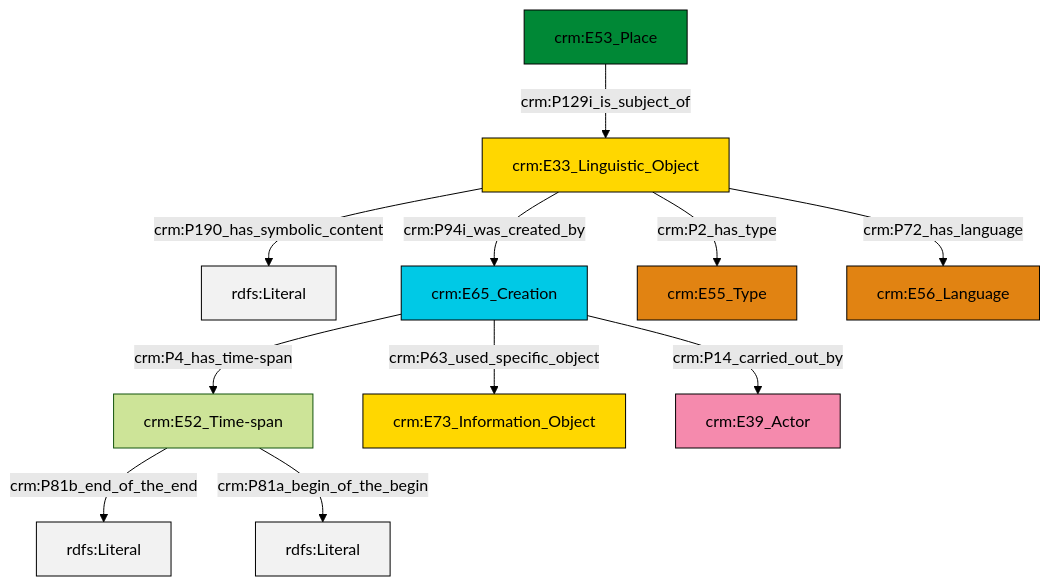
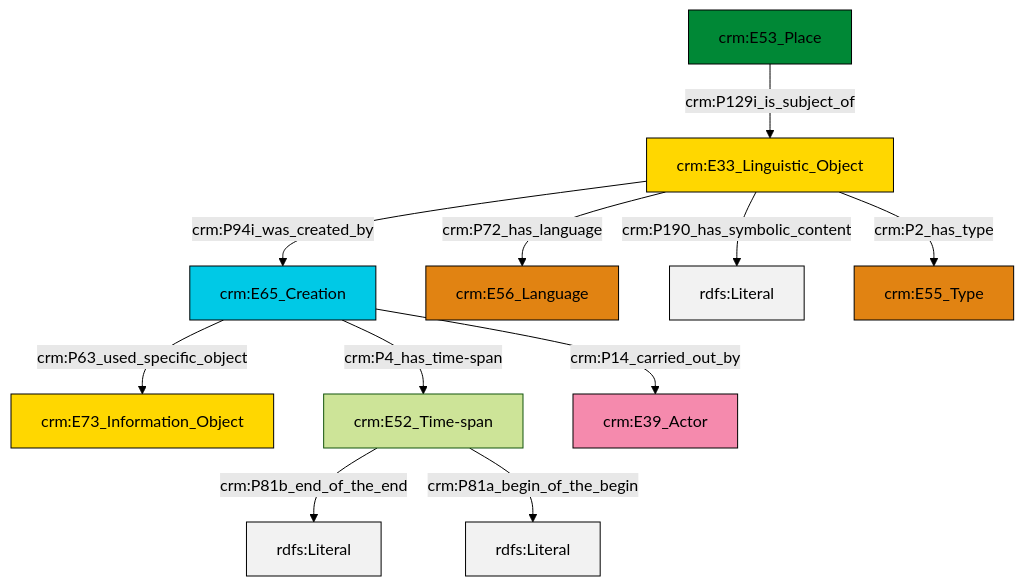
Before and after one commit to swiss-art-research-net/docs.swissartresearch: the diagram in et/placeCSV/ttl/mmd/place_description.ttl.mmd, drawn with Mermaid (forest theme). The commit also changed 175 other files, not shown here.

```diff
--- a/et/placeCSV/ttl/mmd/place_description.ttl.mmd
+++ b/et/placeCSV/ttl/mmd/place_description.ttl.mmd
@@ -1,25 +1,25 @@
 graph TD
 classDef Literal fill:#f2f2f2,stroke:#000000;
 classDef CRM_Entity fill:#FFFFFF,stroke:#000000;
 classDef Temporal_Entity fill:#00C9E6, stroke:#000000;
 classDef Type fill:#E18312, stroke:#000000;
 classDef Time-Span fill:#2C9C91, stroke:#000000;
 classDef Appellation fill:#FFEB7F, stroke:#000000;
 classDef Place fill:#008836, stroke:#000000;
 classDef Persistent_Item fill:#B266B2, stroke:#000000;
 classDef Conceptual_Object fill:#FFD700, stroke:#000000;
 classDef Physical_Thing fill:#D2B48C, stroke:#000000;
 classDef Actor fill:#f58aad, stroke:#000000;
 classDef PC_Classes fill:#4ce600, stroke:#000000;
 classDef Multi fill:#cccccc,stroke:#000000;
 
-0["crm:E33_Linguistic_Object"]:::Conceptual_Object -->|crm:P190_has_symbolic_content| 1[rdfs:Literal]:::Literal
-0["crm:E33_Linguistic_Object"]:::Conceptual_Object -->|crm:P94i_was_created_by| 2["crm:E65_Creation"]:::Temporal_Entity
-0["crm:E33_Linguistic_Object"]:::Conceptual_Object -->|crm:P2_has_type| 3["crm:E55_Type"]:::Type
-4["crm:E53_Place"]:::Place -->|crm:P129i_is_subject_of| 0["crm:E33_Linguistic_Object"]:::Conceptual_Object
-2["crm:E65_Creation"]:::Temporal_Entity -->|crm:P4_has_time-span| 5["crm:E52_Time-span"]:::Default
-2["crm:E65_Creation"]:::Temporal_Entity -->|crm:P14_carried_out_by| 8["crm:E39_Actor"]:::Actor
-0["crm:E33_Linguistic_Object"]:::Conceptual_Object -->|crm:P72_has_language| 13["crm:E56_Language"]:::Type
-5["crm:E52_Time-span"]:::Default -->|crm:P81b_end_of_the_end| 14[rdfs:Literal]:::Literal
-2["crm:E65_Creation"]:::Temporal_Entity -->|crm:P63_used_specific_object| 6["crm:E73_Information_Object"]:::Conceptual_Object
-5["crm:E52_Time-span"]:::Default -->|crm:P81a_begin_of_the_begin| 18[rdfs:Literal]:::Literal
+0["crm:E65_Creation"]:::Temporal_Entity -->|crm:P63_used_specific_object| 1["crm:E73_Information_Object"]:::Conceptual_Object
+2["crm:E33_Linguistic_Object"]:::Conceptual_Object -->|crm:P94i_was_created_by| 0["crm:E65_Creation"]:::Temporal_Entity
+0["crm:E65_Creation"]:::Temporal_Entity -->|crm:P4_has_time-span| 3["crm:E52_Time-span"]:::Default
+3["crm:E52_Time-span"]:::Default -->|crm:P81b_end_of_the_end| 4[rdfs:Literal]:::Literal
+2["crm:E33_Linguistic_Object"]:::Conceptual_Object -->|crm:P72_has_language| 5["crm:E56_Language"]:::Type
+2["crm:E33_Linguistic_Object"]:::Conceptual_Object -->|crm:P190_has_symbolic_content| 6[rdfs:Literal]:::Literal
+3["crm:E52_Time-span"]:::Default -->|crm:P81a_begin_of_the_begin| 9[rdfs:Literal]:::Literal
+0["crm:E65_Creation"]:::Temporal_Entity -->|crm:P14_carried_out_by| 10["crm:E39_Actor"]:::Actor
+12["crm:E53_Place"]:::Place -->|crm:P129i_is_subject_of| 2["crm:E33_Linguistic_Object"]:::Conceptual_Object
+2["crm:E33_Linguistic_Object"]:::Conceptual_Object -->|crm:P2_has_type| 15["crm:E55_Type"]:::Type
```
